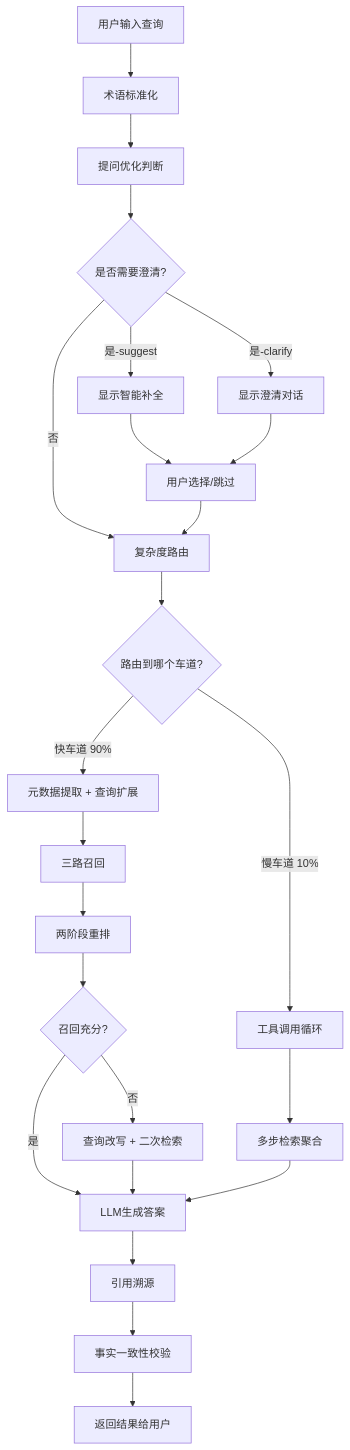
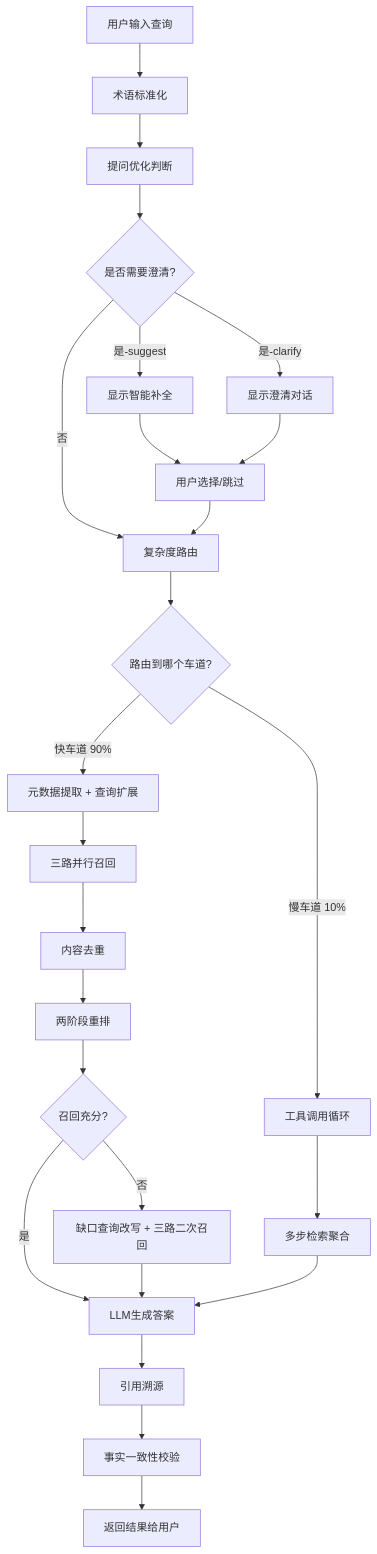
One commit to JohnnyNg10/eletric_rag changed the first of 8 diagrams in docs/architecture/flows/16-业务流程图.md. Above: the diagram before and after it, drawn with Mermaid. The commit also changed other lines of this file and 44 other files, not shown here.

````diff
--- a/docs/architecture/flows/16-业务流程图.md
+++ b/docs/architecture/flows/16-业务流程图.md
@@ -7,26 +7,27 @@
 ```mermaid
 graph TD
     A[用户输入查询] --> B[术语标准化]
     B --> C[提问优化判断]
     C --> D{是否需要澄清?}
     D -->|否| E[复杂度路由]
     D -->|是-suggest| F[显示智能补全]
     D -->|是-clarify| G[显示澄清对话]
     F --> H[用户选择/跳过]
     G --> H
     H --> E
     E --> I{路由到哪个车道?}
     I -->|快车道 90%| PRE[元数据提取 + 查询扩展]
     I -->|慢车道 10%| K[工具调用循环]
-    PRE --> J[三路召回]
-    J --> L[两阶段重排]
+    PRE --> J[三路并行召回]
+    J --> JD[内容去重]
+    JD --> L[两阶段重排]
     L --> M{召回充分?}
     M -->|是| N[LLM生成答案]
-    M -->|否| O[查询改写 + 二次检索]
+    M -->|否| O[缺口查询改写 + 三路二次召回]
     O --> N
     K --> P[多步检索聚合]
     P --> N
     N --> Q[引用溯源]
     Q --> R[事实一致性校验]
     R --> S[返回结果给用户]
 ```
````
